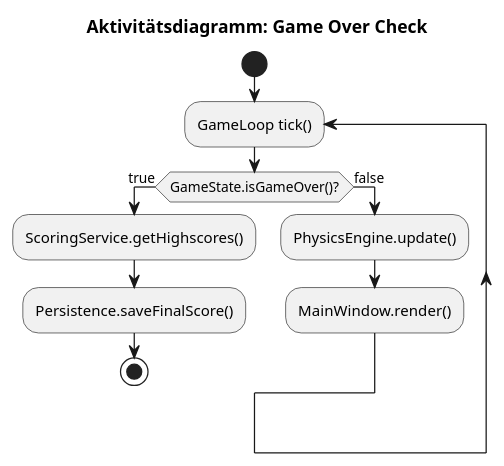
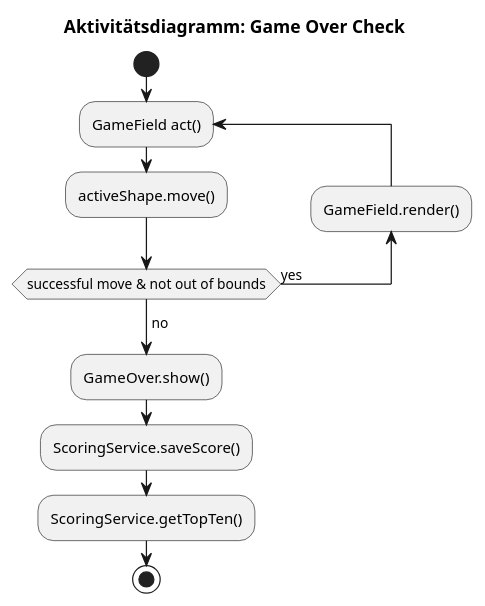
Before and after one commit to Noah-Martinez/Tetrix: the diagram in docs/uml/GameOver.puml, drawn with PlantUML. The commit also changed 18 other files, not shown here.

```diff
--- a/docs/uml/GameOver.puml
+++ b/docs/uml/GameOver.puml
@@ -1,14 +1,15 @@
 @startuml
 title Aktivitätsdiagramm: Game Over Check
 
 start
-repeat :GameLoop tick();
-if (GameState.isGameOver()?) then (true)
-  :ScoringService.getHighscores();
-  :Persistence.saveFinalScore();
-  stop
-else (false)
-  :PhysicsEngine.update();
-  :MainWindow.render();
-endif
+repeat :GameField act();
+    :activeShape.move();
+    backward :GameField.render();
+    label initPoint
+repeat while (successful move & not out of bounds) is (yes)
+->no;
+:GameOver.show();
+:ScoringService.saveScore();
+:ScoringService.getTopTen();
+stop
 @enduml
```
